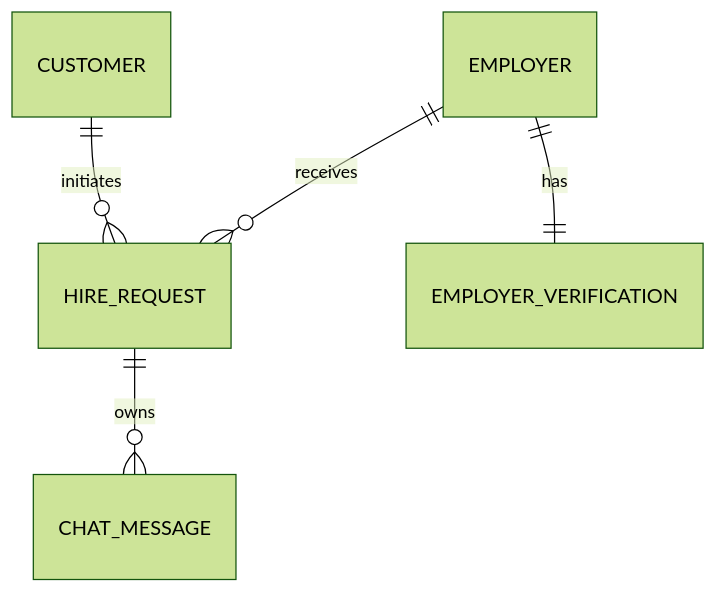
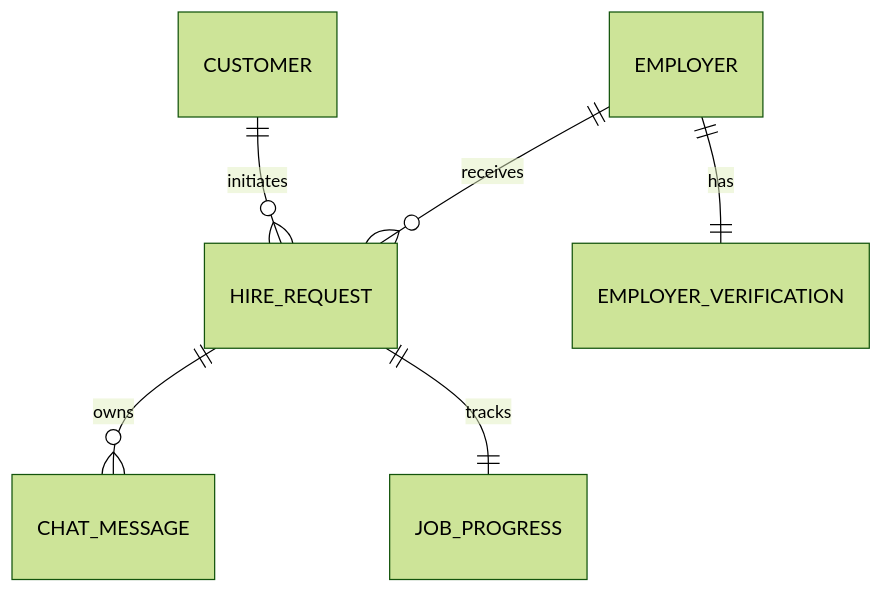
Before and after one commit to Muthu-Raja-M/das: the diagram in README.md, drawn with Mermaid (forest theme). The commit also changed other lines of this file and 5 other files, not shown here.

Commit message:
docs: update all project documentation for v1.1.0 - Job Progress, BOLA permissions, enriched serializers

````diff
--- a/README.md
+++ b/README.md
@@ -296,7 +317,8 @@
 ```mermaid
 erDiagram
     CUSTOMER ||--o{ HIRE_REQUEST : "initiates"
     EMPLOYER ||--o{ HIRE_REQUEST : "receives"
     EMPLOYER ||--|| EMPLOYER_VERIFICATION : "has"
     HIRE_REQUEST ||--o{ CHAT_MESSAGE : "owns"
+    HIRE_REQUEST ||--|| JOB_PROGRESS : "tracks"
 ```
````
